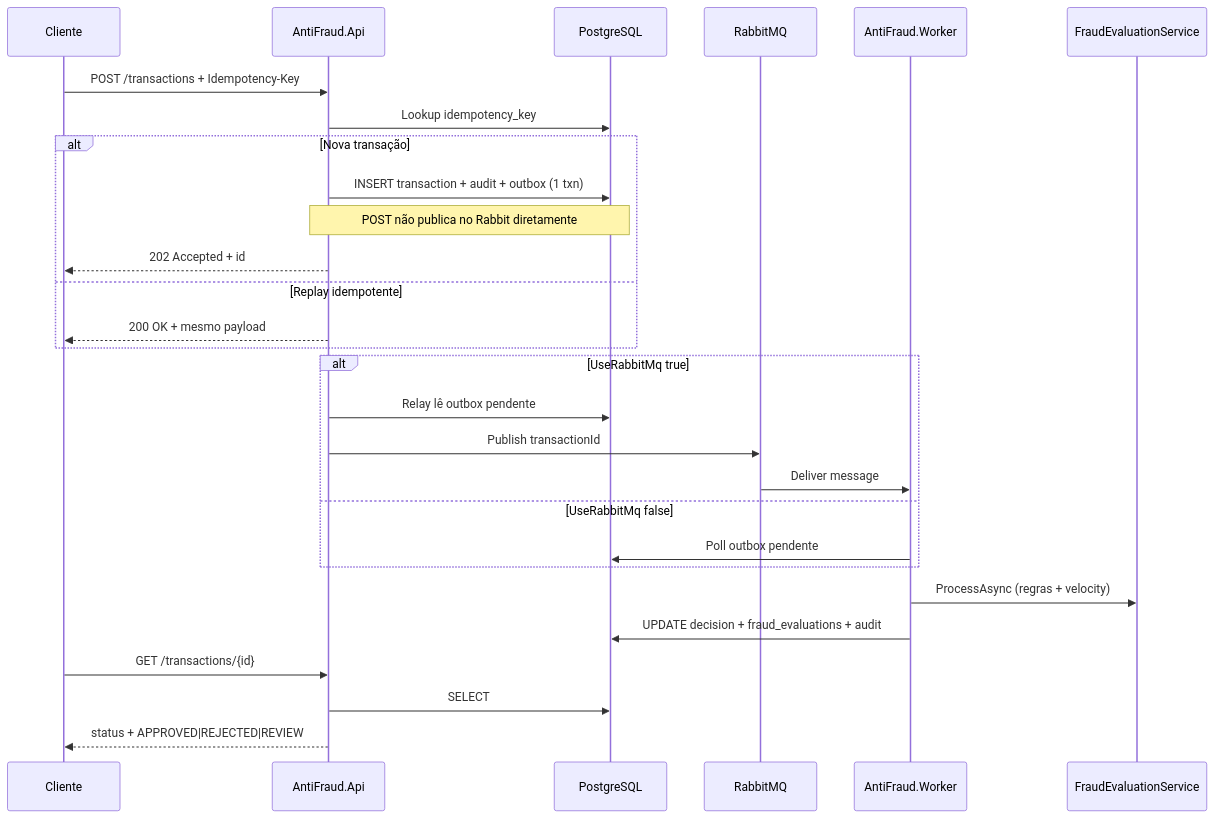
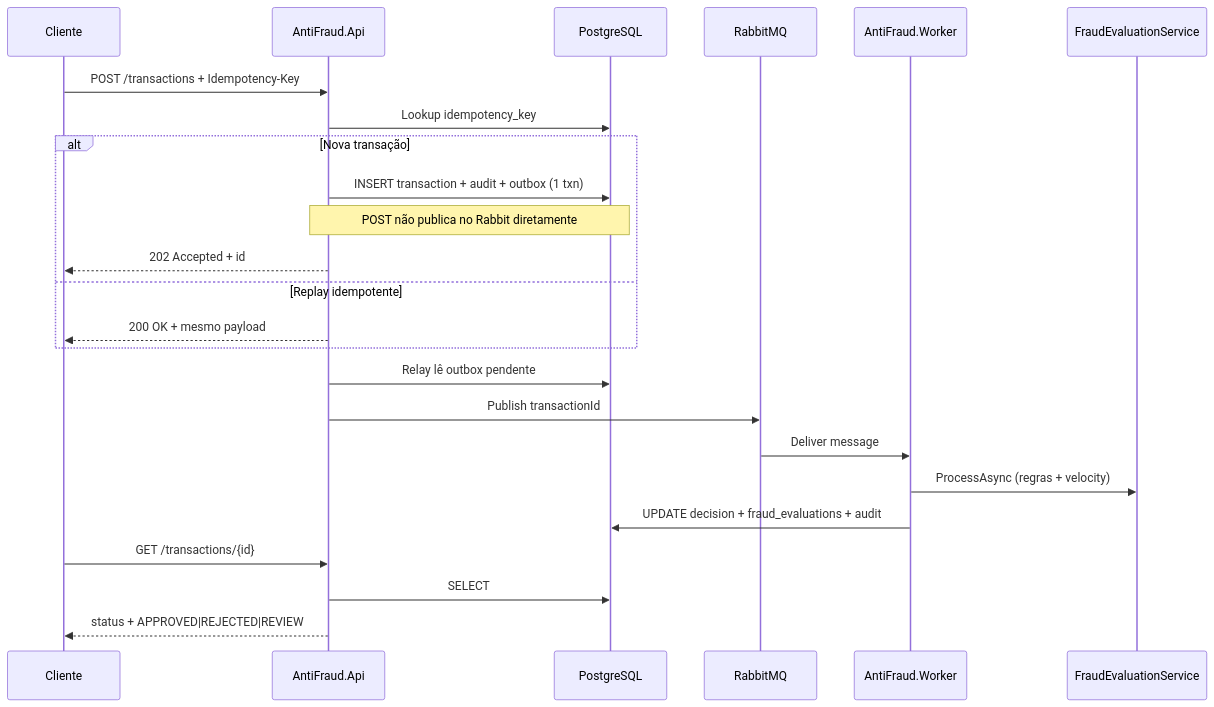
Before and after one commit to BoscoBecker/Antifraude-dotnet: the second of 2 diagrams in README.md, drawn with Mermaid. The commit also changed other lines of this file and 14 other files, not shown here.

First line of the commit message:
Tornar o RabbitMQ obrigatório para o fluxo de *outbox*

````diff
--- a/README.md
+++ b/README.md
@@ -81,33 +80,29 @@
 ```mermaid
 sequenceDiagram
     participant C as Cliente
     participant API as AntiFraud.Api
     participant DB as PostgreSQL
     participant Q as RabbitMQ
     participant W as AntiFraud.Worker
     participant EV as FraudEvaluationService
 
     C->>API: POST /transactions + Idempotency-Key
     API->>DB: Lookup idempotency_key
     alt Nova transação
         API->>DB: INSERT transaction + audit + outbox (1 txn)
         Note over API,DB: POST não publica no Rabbit diretamente
         API-->>C: 202 Accepted + id
     else Replay idempotente
         API-->>C: 200 OK + mesmo payload
     end
 
-    alt UseRabbitMq true
-        API->>DB: Relay lê outbox pendente
-        API->>Q: Publish transactionId
-        Q->>W: Deliver message
-    else UseRabbitMq false
-        W->>DB: Poll outbox pendente
-    end
+    API->>DB: Relay lê outbox pendente
+    API->>Q: Publish transactionId
+    Q->>W: Deliver message
 
     W->>EV: ProcessAsync (regras + velocity)
     W->>DB: UPDATE decision + fraud_evaluations + audit
     C->>API: GET /transactions/{id}
     API->>DB: SELECT
     API-->>C: status + APPROVED|REJECTED|REVIEW
 ```
````
